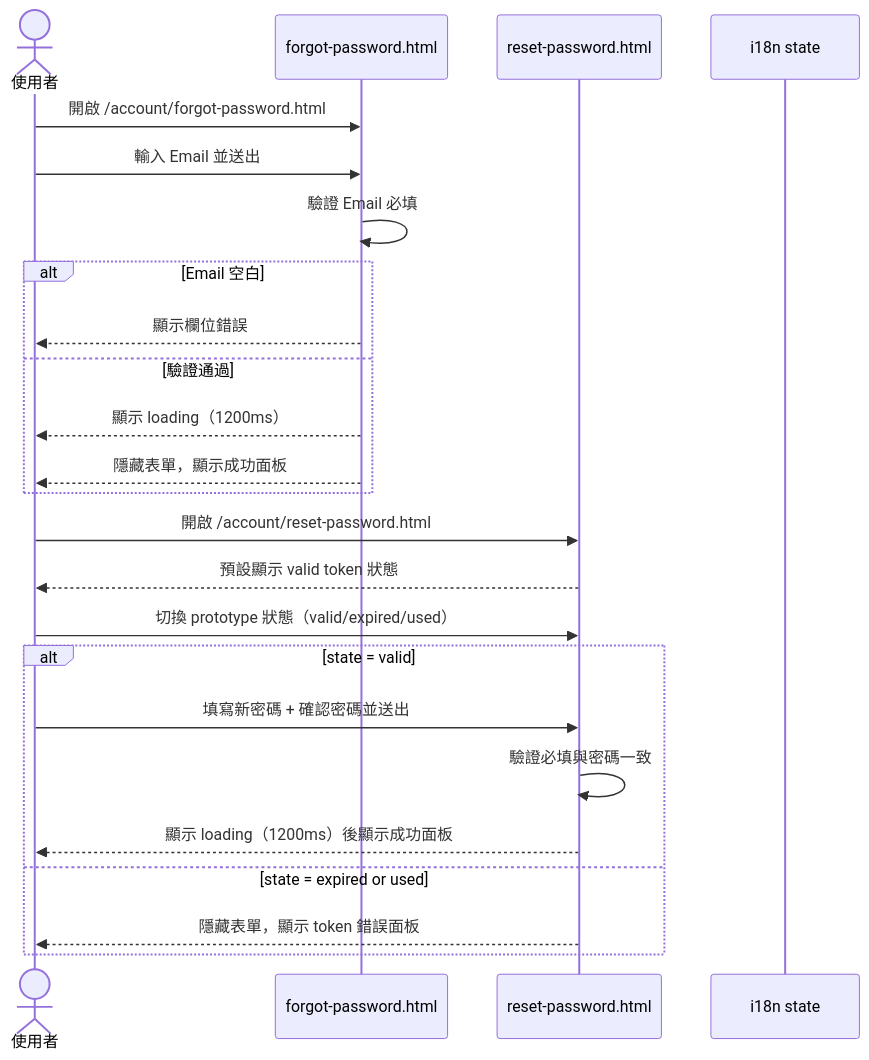
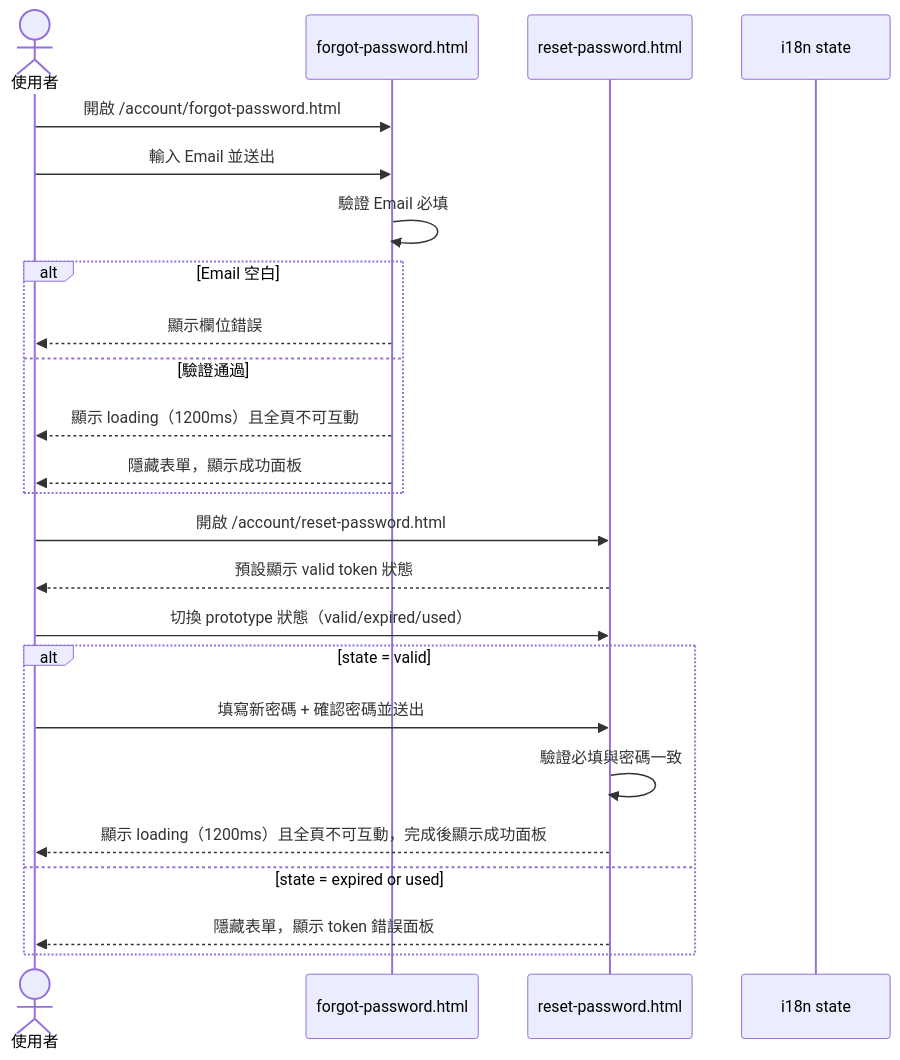
The first of 2 diagrams in specs/account/004-forgot-reset-password/spec.md (singyichen/label-suite), drawn with Mermaid before and after one commit. The commit also changed other lines of this file, not shown here.

Commit message:
docs(account): clarify forgot reset loading interactivity

````diff
--- a/specs/account/004-forgot-reset-password/spec.md
+++ b/specs/account/004-forgot-reset-password/spec.md
@@ -38,30 +45,30 @@
 ```mermaid
 sequenceDiagram
     actor 使用者
     participant forgot as forgot-password.html
     participant reset as reset-password.html
     participant i18n as i18n state
 
     使用者->>forgot: 開啟 /account/forgot-password.html
     使用者->>forgot: 輸入 Email 並送出
     forgot->>forgot: 驗證 Email 必填
 
     alt Email 空白
         forgot-->>使用者: 顯示欄位錯誤
     else 驗證通過
-        forgot-->>使用者: 顯示 loading（1200ms）
+        forgot-->>使用者: 顯示 loading（1200ms）且全頁不可互動
         forgot-->>使用者: 隱藏表單，顯示成功面板
     end
 
     使用者->>reset: 開啟 /account/reset-password.html
     reset-->>使用者: 預設顯示 valid token 狀態
     使用者->>reset: 切換 prototype 狀態（valid/expired/used）
 
     alt state = valid
         使用者->>reset: 填寫新密碼 + 確認密碼並送出
         reset->>reset: 驗證必填與密碼一致
-        reset-->>使用者: 顯示 loading（1200ms）後顯示成功面板
+        reset-->>使用者: 顯示 loading（1200ms）且全頁不可互動，完成後顯示成功面板
     else state = expired or used
         reset-->>使用者: 隱藏表單，顯示 token 錯誤面板
     end
 ```
````
